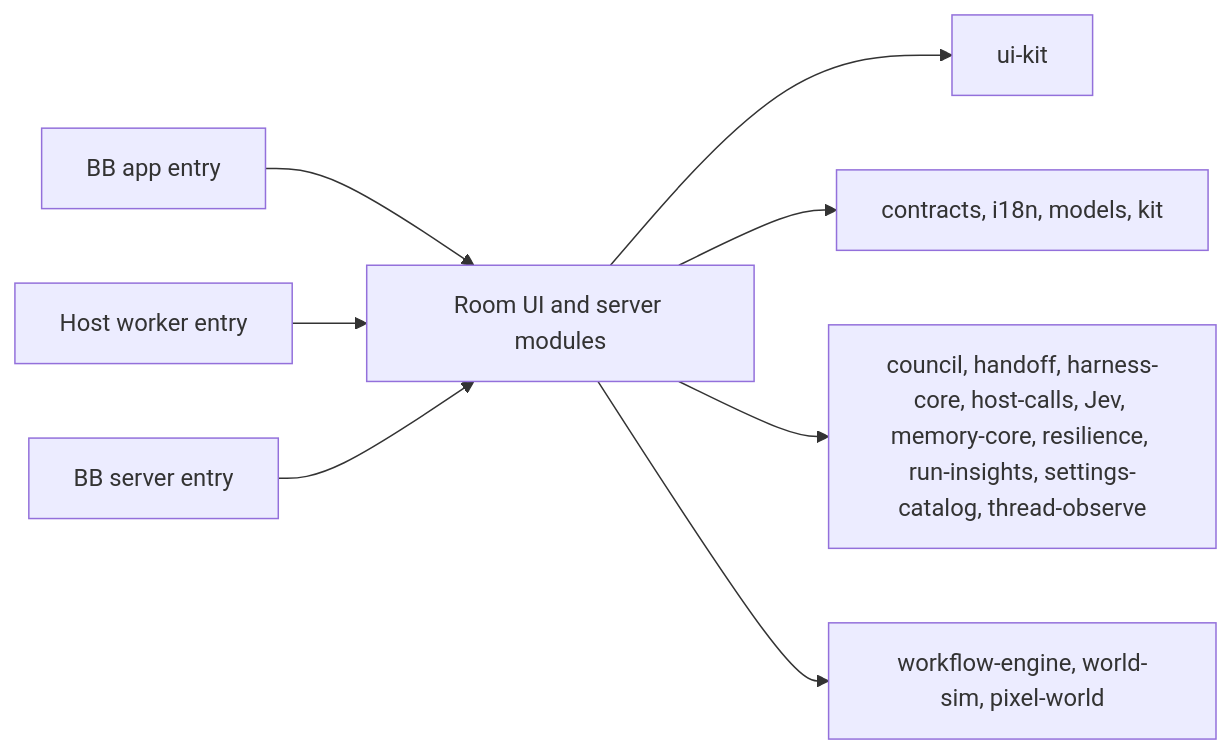
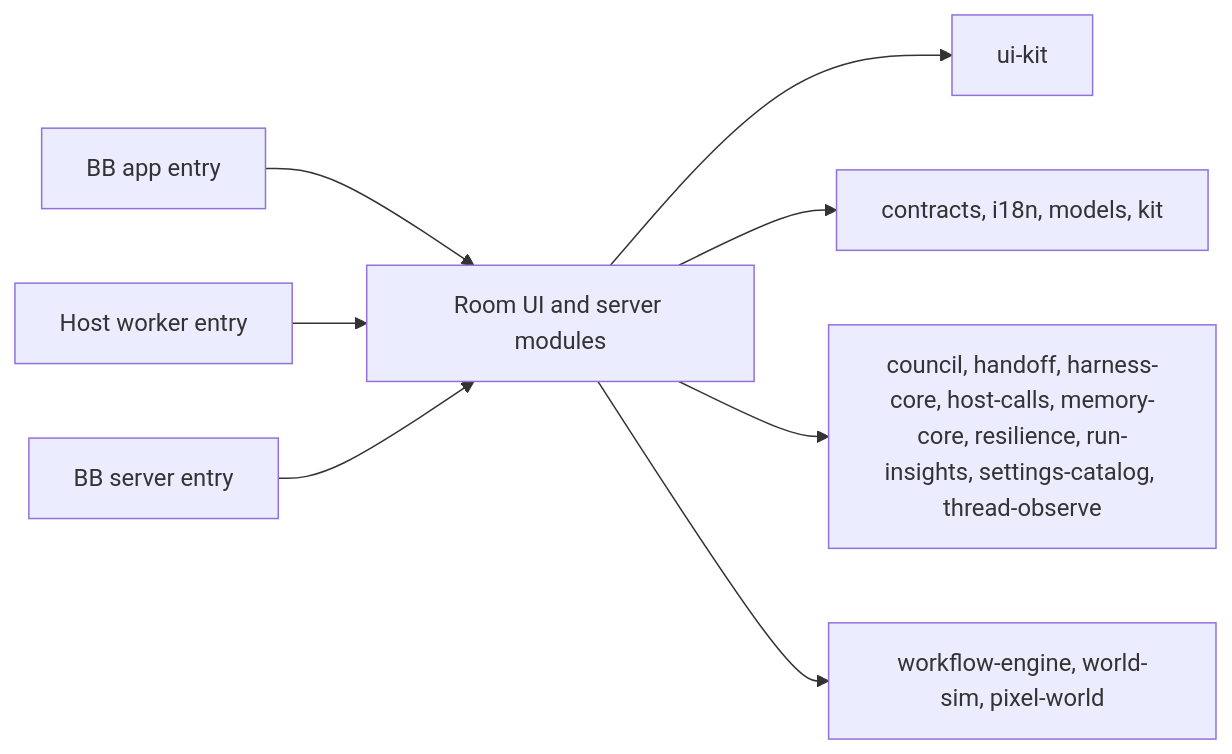
Before and after one commit to VKirill/bb-plugin-lane-pilot: the second of 2 diagrams in docs/architecture.md, drawn with Mermaid. The commit also changed other lines of this file and 235 other files, not shown here.

Commit message:
Lane Pilot: remove TypeSafe Jev completely (stage 3): last judgment, council judge, builtin:jev node, labels/calibration, provider UI and settings, packages/jev; pure helpers moved to kit, jev migrations kept

````diff
--- a/docs/architecture.md
+++ b/docs/architecture.md
@@ -75,18 +74,18 @@
 ```mermaid
 flowchart LR
   app[BB app entry]
   server[BB server entry]
   host[Host worker entry]
   rooms[Room UI and server modules]
   ui[ui-kit]
   shared[contracts, i18n, models, kit]
-  domains[council, handoff, harness-core, host-calls, Jev, memory-core, resilience, run-insights, settings-catalog, thread-observe]
+  domains[council, handoff, harness-core, host-calls, memory-core, resilience, run-insights, settings-catalog, thread-observe]
   engines[workflow-engine, world-sim, pixel-world]
   app --> rooms
   host --> rooms
   rooms --> ui
   rooms --> shared
   server --> rooms
   rooms --> domains
   rooms --> engines
 ```
````
